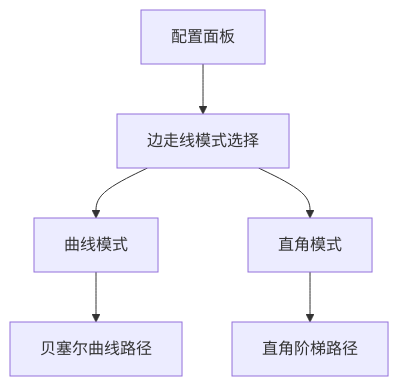
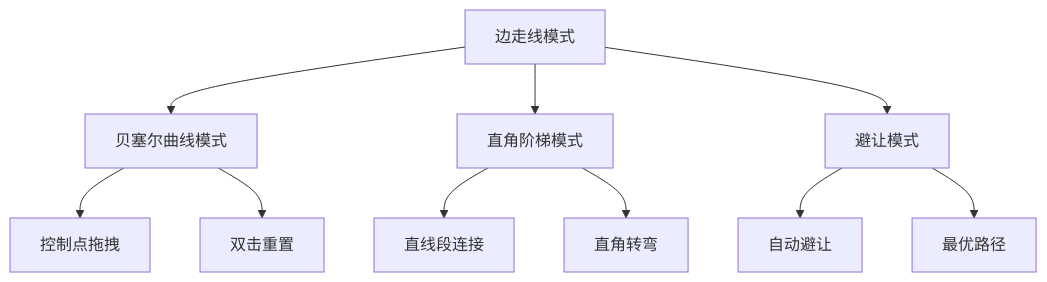
One commit to kqcoxn/MaaPipelineEditor changed the fifth of 24 diagrams in .qoder/repowiki/zh/content/工作流编辑器/工作流编辑器.md. Above: the diagram before and after it, drawn with Mermaid. The commit also changed other lines of this file and 19 other files, not shown here.

````diff
--- a/.qoder/repowiki/zh/content/工作流编辑器/工作流编辑器.md
+++ b/.qoder/repowiki/zh/content/工作流编辑器/工作流编辑器.md
@@ -450,8 +439,12 @@
 ```mermaid
 flowchart TD
-ConfigPanel["配置面板"] --> ModeSelect["边走线模式选择"]
-ModeSelect --> Bezier["曲线模式"]
-ModeSelect --> SmoothStep["直角模式"]
-Bezier --> BezierPath["贝塞尔曲线路径"]
-SmoothStep --> SmoothStepPath["直角阶梯路径"]
+EdgeModes["边走线模式"] --> Bezier["贝塞尔曲线模式"]
+EdgeModes --> SmoothStep["直角阶梯模式"]
+EdgeModes --> Avoid["避让模式"]
+Bezier --> ControlPoints["控制点拖拽"]
+Bezier --> DoubleReset["双击重置"]
+SmoothStep --> StraightLines["直线段连接"]
+SmoothStep --> RightAngles["直角转弯"]
+Avoid --> AutoAvoid["自动避让"]
+Avoid --> OptimalPath["最优路径"]
 ```
````
